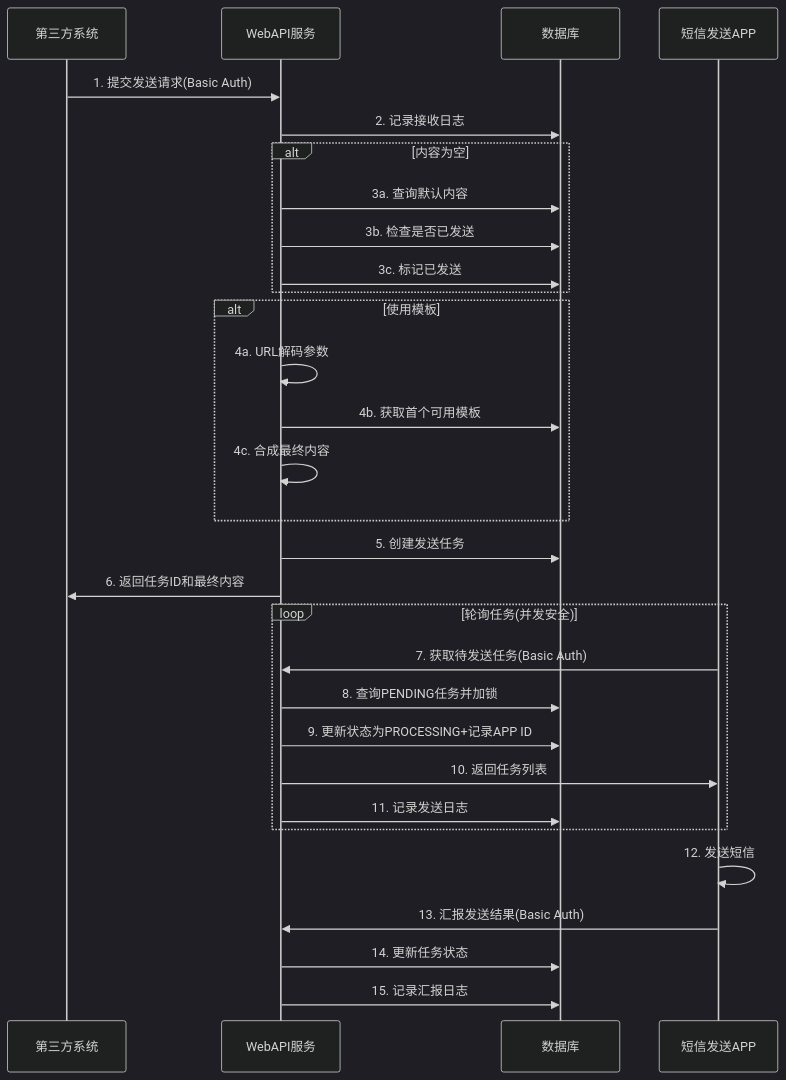
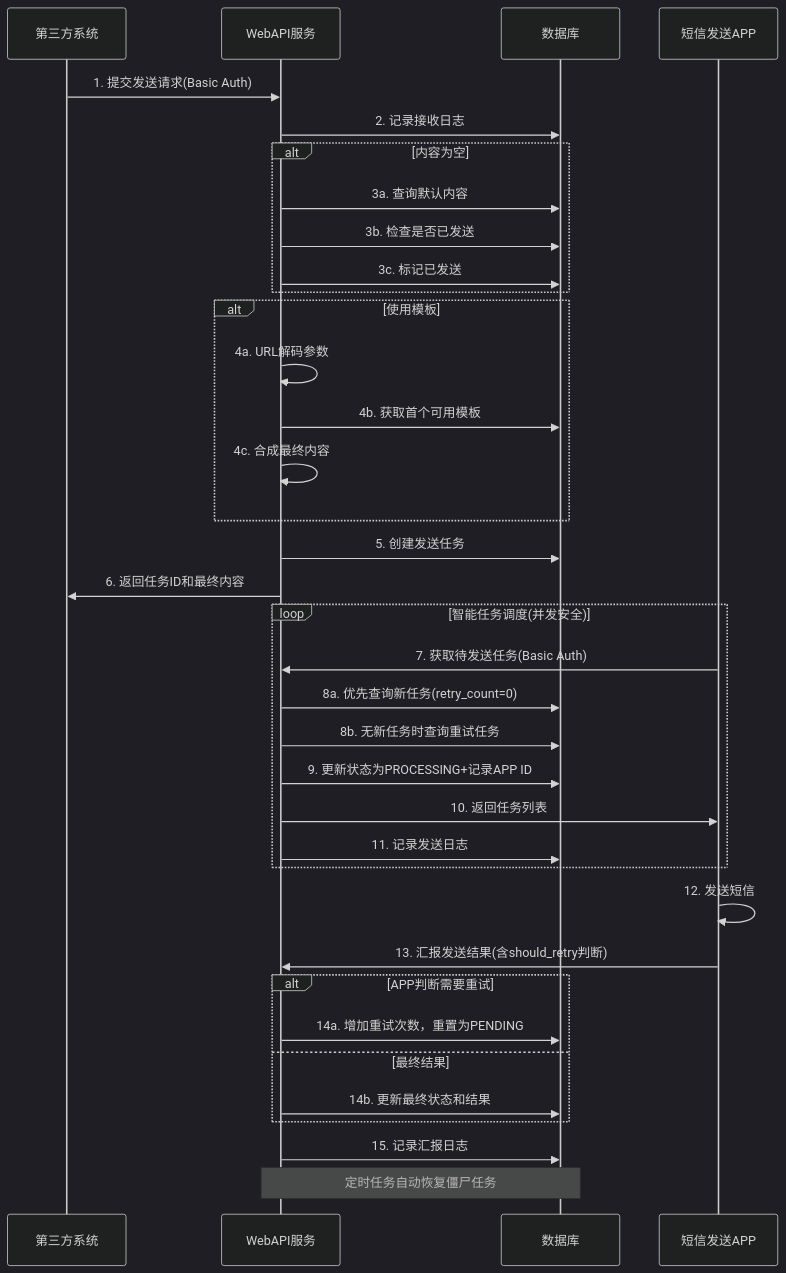
One commit to luckinai/lksms-service changed the diagram in docs/开发方案文档.md. Above: the diagram before and after it, drawn with Mermaid (dark theme). The commit also changed other lines of this file and 14 other files, not shown here.

````diff
--- a/docs/开发方案文档.md
+++ b/docs/开发方案文档.md
@@ -303,38 +310,47 @@
 ```mermaid
 sequenceDiagram
     participant TP as 第三方系统
     participant API as WebAPI服务
     participant DB as 数据库
     participant APP as 短信发送APP
 
     TP->>API: 1. 提交发送请求(Basic Auth)
     API->>DB: 2. 记录接收日志
 
     alt 内容为空
         API->>DB: 3a. 查询默认内容
         API->>DB: 3b. 检查是否已发送
         API->>DB: 3c. 标记已发送
     end
 
     alt 使用模板
         API->>API: 4a. URL解码参数
         API->>DB: 4b. 获取首个可用模板
         API->>API: 4c. 合成最终内容
     end
 
     API->>DB: 5. 创建发送任务
     API->>TP: 6. 返回任务ID和最终内容
 
-    loop 轮询任务(并发安全)
+    loop 智能任务调度(并发安全)
         APP->>API: 7. 获取待发送任务(Basic Auth)
-        API->>DB: 8. 查询PENDING任务并加锁
+        API->>DB: 8a. 优先查询新任务(retry_count=0)
+        API->>DB: 8b. 无新任务时查询重试任务
         API->>DB: 9. 更新状态为PROCESSING+记录APP ID
         API->>APP: 10. 返回任务列表
         API->>DB: 11. 记录发送日志
     end
 
     APP->>APP: 12. 发送短信
-    APP->>API: 13. 汇报发送结果(Basic Auth)
-    API->>DB: 14. 更新任务状态
+    APP->>API: 13. 汇报发送结果(含should_retry判断)
+
+    alt APP判断需要重试
+        API->>DB: 14a. 增加重试次数，重置为PENDING
+    else 最终结果
+        API->>DB: 14b. 更新最终状态和结果
+    end
+
     API->>DB: 15. 记录汇报日志
+
+    Note over API,DB: 定时任务自动恢复僵尸任务
 ```
````
